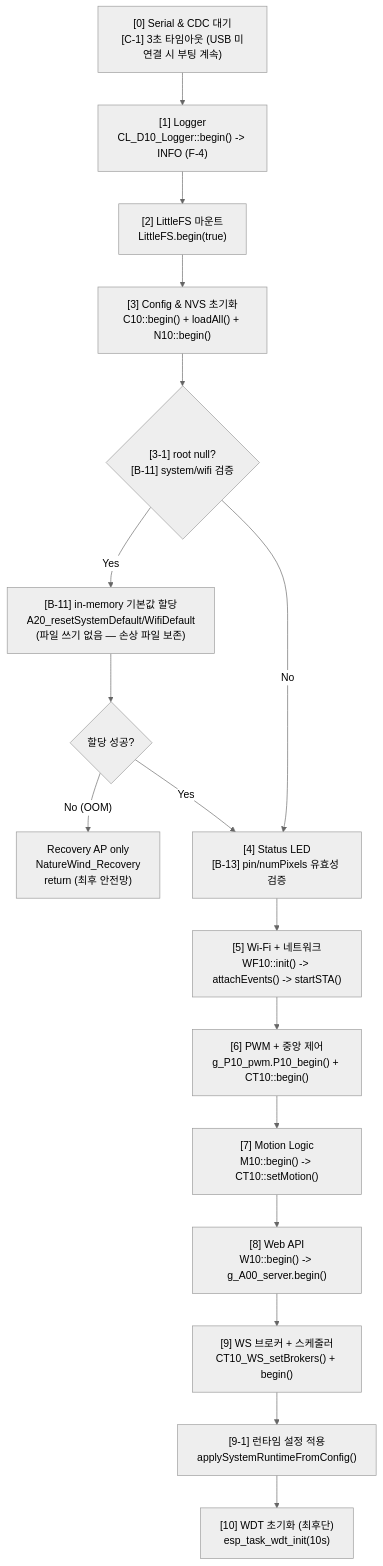
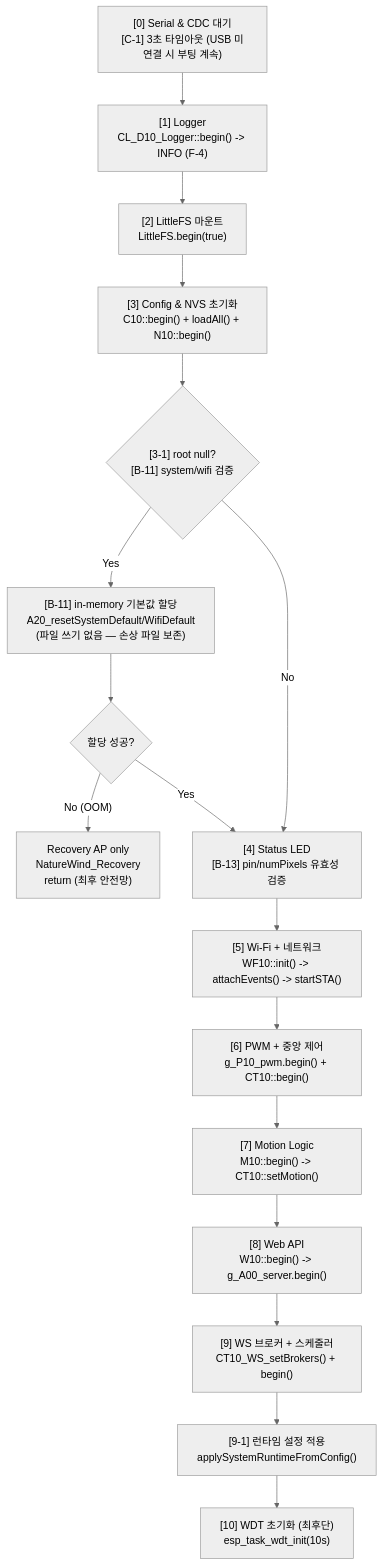
The first of 28 diagrams in src/v0203/contract_doc_0203/FLOW_0203.md (hosanglee-kr/SmartNatureWind_v002), drawn with Mermaid (neutral theme) before and after one commit. The commit also changed other lines of this file and 6 other files, not shown here.

````diff
--- a/src/v0203/contract_doc_0203/FLOW_0203.md
+++ b/src/v0203/contract_doc_0203/FLOW_0203.md
@@ -68,19 +68,19 @@
 ```mermaid
 flowchart TD
     S0["[0] Serial & CDC 대기\n[C-1] 3초 타임아웃 (USB 미연결 시 부팅 계속)"] --> S1["[1] Logger\nCL_D10_Logger::begin() -> INFO (F-4)"]
     S1 --> S2["[2] LittleFS 마운트\nLittleFS.begin(true)"]
     S2 --> S3["[3] Config & NVS 초기화\nC10::begin() + loadAll() + N10::begin()"]
     S3 --> S3_1{"[3-1] root null?\n[B-11] system/wifi 검증"}
     S3_1 -- "Yes" --> S3_2["[B-11] in-memory 기본값 할당\nA20_resetSystemDefault/WifiDefault\n(파일 쓰기 없음 — 손상 파일 보존)"]
     S3_2 --> S3_3{"할당 성공?"}
     S3_3 -- "No (OOM)" --> S3_4["Recovery AP only\nNatureWind_Recovery\nreturn (최후 안전망)"]
     S3_3 -- "Yes" --> S4
     S3_1 -- "No" --> S4["[4] Status LED\n[B-13] pin/numPixels 유효성 검증"]
     S4 --> S5["[5] Wi-Fi + 네트워크\nWF10::init() -> attachEvents() -> startSTA()"]
-    S5 --> S6["[6] PWM + 중앙 제어\ng_P10_pwm.P10_begin() + CT10::begin()"]
+    S5 --> S6["[6] PWM + 중앙 제어\ng_P10_pwm.begin() + CT10::begin()"]
     S6 --> S7["[7] Motion Logic\nM10::begin() -> CT10::setMotion()"]
     S7 --> S8["[8] Web API\nW10::begin() -> g_A00_server.begin()"]
     S8 --> S9["[9] WS 브로커 + 스케줄러\nCT10_WS_setBrokers() + begin()"]
     S9 --> S9_1["[9-1] 런타임 설정 적용\napplySystemRuntimeFromConfig()"]
     S9_1 --> S10["[10] WDT 초기화 (최후단)\nesp_task_wdt_init(10s)"]
 ```
````
